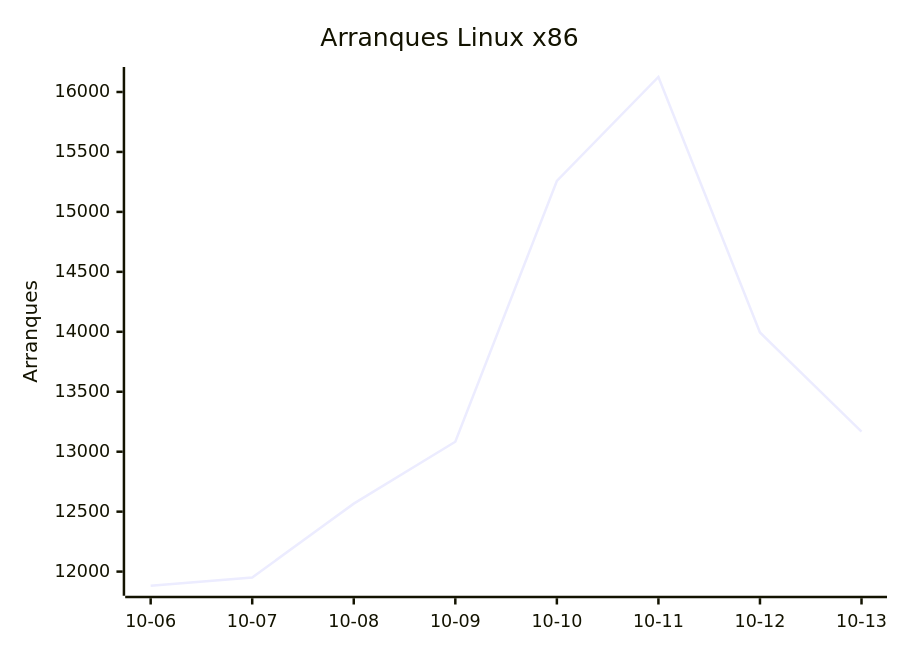
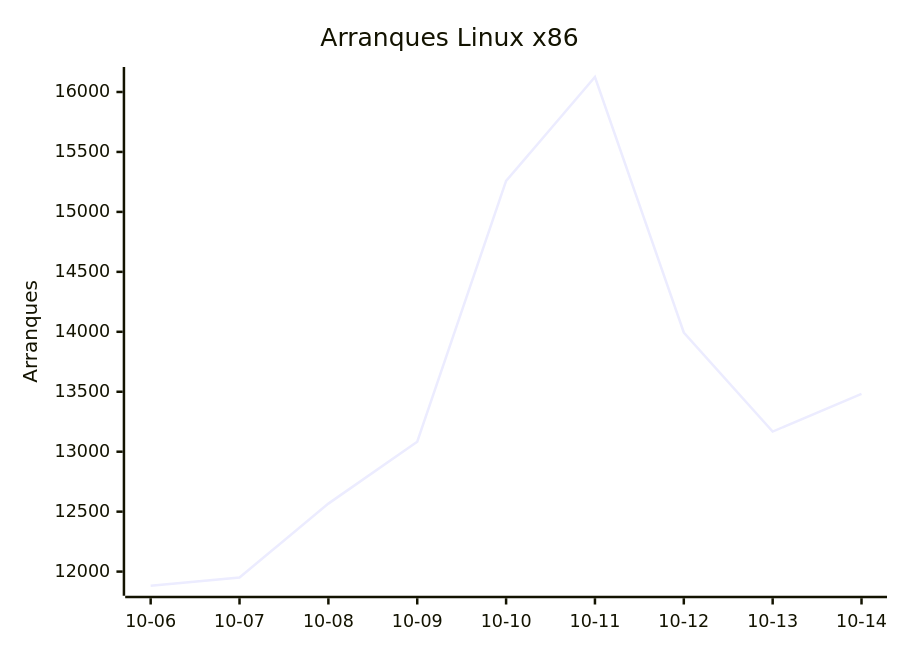
One commit to EmuDeck/stats changed the first of 8 diagrams in README.md. Above: the diagram before and after it, drawn with Mermaid. The commit also changed other lines of this file and 2 other files, not shown here.

````diff
--- a/README.md
+++ b/README.md
@@ -18,7 +18,7 @@
 ```mermaid
 xychart-beta
     title "Arranques Linux x86"
-    x-axis ["10-06", "10-07", "10-08", "10-09", "10-10", "10-11", "10-12", "10-13"]
+    x-axis ["10-06", "10-07", "10-08", "10-09", "10-10", "10-11", "10-12", "10-13", "10-14"]
     y-axis "Arranques"
-    line [11882, 11951, 12567, 13083, 15258, 16125, 13994, 13168]
+    line [11882, 11951, 12567, 13083, 15258, 16125, 13994, 13168, 13483]
 ```
````
